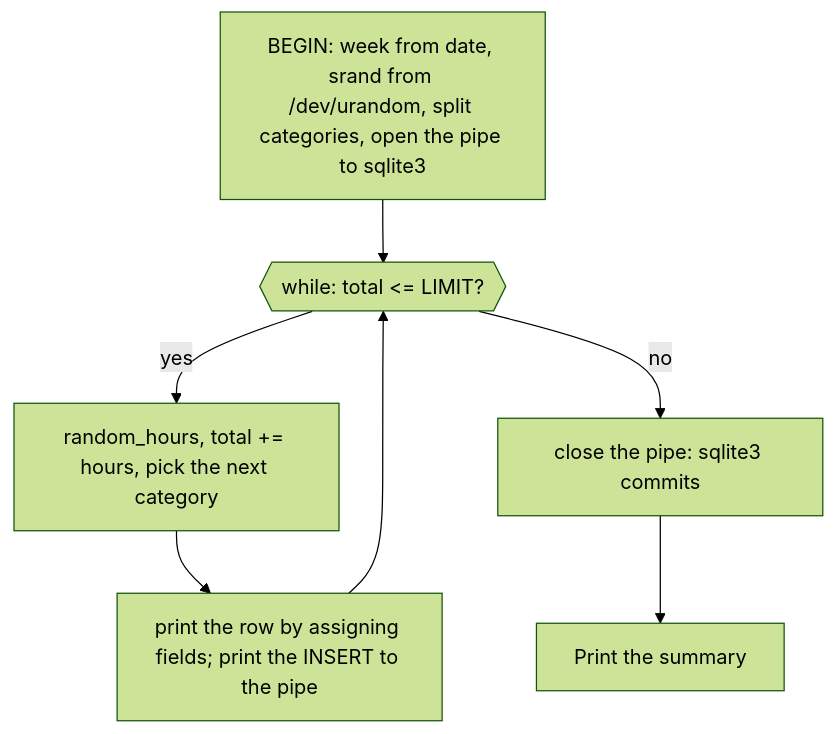
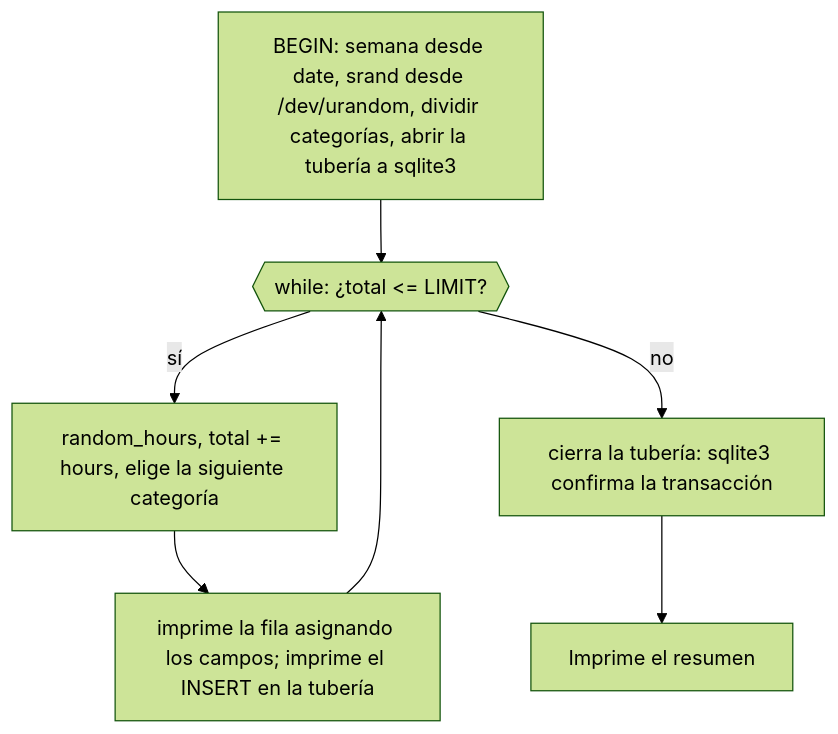
One commit to dullroar/aprende-a-programar-como-un-bicho-raro changed the diagram in src/awk/README.md. Above: the diagram before and after it, drawn with Mermaid (forest theme). The commit also changed other lines of this file and 15 other files, not shown here.

Commit message:
loop(P4-src-4): awk-weird, awk, cmake READMEs translated (172 segments); I7/I9 waivers; cmake diagram labels fixed

````diff
--- a/src/awk/README.md
+++ b/src/awk/README.md
@@ -50,11 +50,11 @@
 ```mermaid
 flowchart TD
-    accTitle: awk: a generator in BEGIN, with a while loop and a pipe to sqlite3
-    accDescr: A flowchart. awk has no input, so everything runs in the BEGIN rule. BEGIN asks the shell for the ISO week, seeds the random generator, splits the category names into an array and opens a pipe to sqlite3. A while loop tests whether the total is at or under the limit. If so, it draws hours, adds them to the total, picks the next category, prints the row, and prints an INSERT to the pipe. When the total is over the limit, awk closes the pipe, which commits the transaction, and prints the summary.
-    A["BEGIN: week from date, srand from /dev/urandom, split categories, open the pipe to sqlite3"] --> B{{"while: total <= LIMIT?"}}
-    B -->|yes| C["random_hours, total += hours, pick the next category"]
-    C --> D["print the row by assigning fields; print the INSERT to the pipe"]
+    accTitle: awk: un generador en BEGIN, con un bucle while y una tubería hacia sqlite3
+    accDescr: Un diagrama de flujo. awk no tiene entrada de datos, así que todo se ejecuta en la regla BEGIN. BEGIN pide la semana ISO al intérprete de comandos. BEGIN inicializa el generador aleatorio, divide los nombres de las categorías en un arreglo y abre una tubería hacia sqlite3. Un bucle while comprueba si el total es menor o igual que el límite. Si es así, sortea las horas, las suma al total, elige la siguiente categoría, imprime la fila e imprime un INSERT en la tubería. Cuando el total pasa del límite, awk cierra la tubería (lo que confirma la transacción) e imprime el resumen.
+    A["BEGIN: semana desde date, srand desde /dev/urandom, dividir categorías, abrir la tubería a sqlite3"] --> B{{"while: ¿total <= LIMIT?"}}
+    B -->|sí| C["random_hours, total += hours, elige la siguiente categoría"]
+    C --> D["imprime la fila asignando los campos; imprime el INSERT en la tubería"]
     D --> B
-    B -->|no| E["close the pipe: sqlite3 commits"]
-    E --> F["Print the summary"]
+    B -->|no| E["cierra la tubería: sqlite3 confirma la transacción"]
+    E --> F["Imprime el resumen"]
 ```
````
